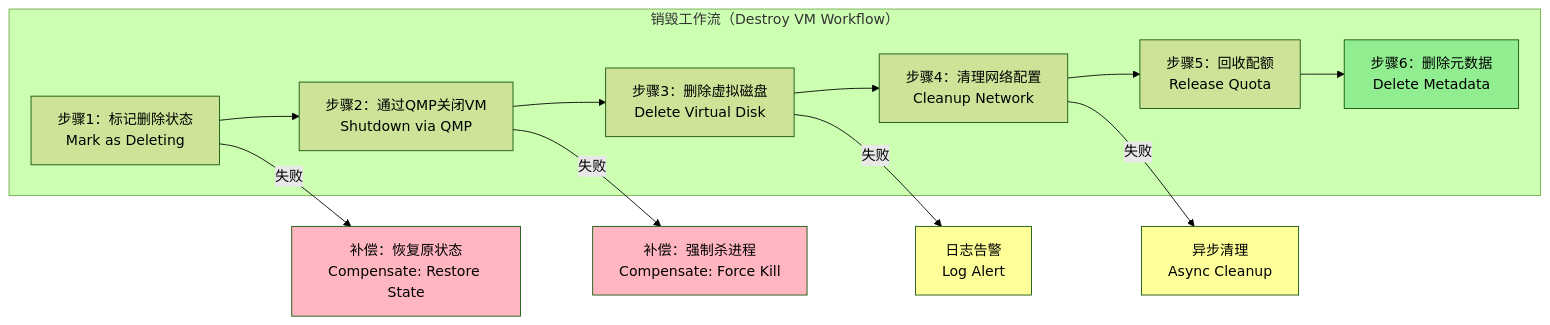
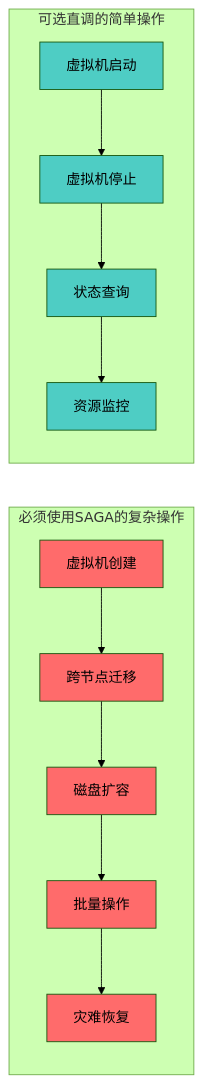
One commit to turtacn/go-proxmox changed the second of 9 diagrams in docs/vm/vm-saga.md. Above: the diagram before and after it, drawn with Mermaid (forest theme). The commit also changed other lines of this file and 1 other file, not shown here.

````diff
--- a/docs/vm/vm-saga.md
+++ b/docs/vm/vm-saga.md
@@ -657,21 +56,25 @@
 ```mermaid
 graph LR
-    subgraph DVW[销毁工作流（Destroy VM Workflow）]
-        A[步骤1：标记删除状态<br/>Mark as Deleting] --> B[步骤2：通过QMP关闭VM<br/>Shutdown via QMP]
-        B --> C[步骤3：删除虚拟磁盘<br/>Delete Virtual Disk]
-        C --> D[步骤4：清理网络配置<br/>Cleanup Network]
-        D --> E[步骤5：回收配额<br/>Release Quota]
-        E --> F[步骤6：删除元数据<br/>Delete Metadata]
+    subgraph 必须使用SAGA的复杂操作
+        A1[虚拟机创建] --> A2[跨节点迁移]
+        A2 --> A3[磁盘扩容]
+        A3 --> A4[批量操作]
+        A4 --> A5[灾难恢复]
     end
     
-    A -->|失败| A_C[补偿：恢复原状态<br/>Compensate: Restore State]
-    B -->|失败| B_C[补偿：强制杀进程<br/>Compensate: Force Kill]
-    C -->|失败| C_C[日志告警<br/>Log Alert]
-    D -->|失败| D_C[异步清理<br/>Async Cleanup]
+    subgraph 可选直调的简单操作
+        B1[虚拟机启动] --> B2[虚拟机停止]
+        B2 --> B3[状态查询]
+        B3 --> B4[资源监控]
+    end
     
-    style F fill:#90EE90
-    style A_C fill:#FFB6C1
-    style B_C fill:#FFB6C1
-    style C_C fill:#FFFF99
-    style D_C fill:#FFFF99
+    style A1 fill:#FF6B6B
+    style A2 fill:#FF6B6B
+    style A3 fill:#FF6B6B
+    style A4 fill:#FF6B6B
+    style A5 fill:#FF6B6B
+    style B1 fill:#4ECDC4
+    style B2 fill:#4ECDC4
+    style B3 fill:#4ECDC4
+    style B4 fill:#4ECDC4
 ```
````
